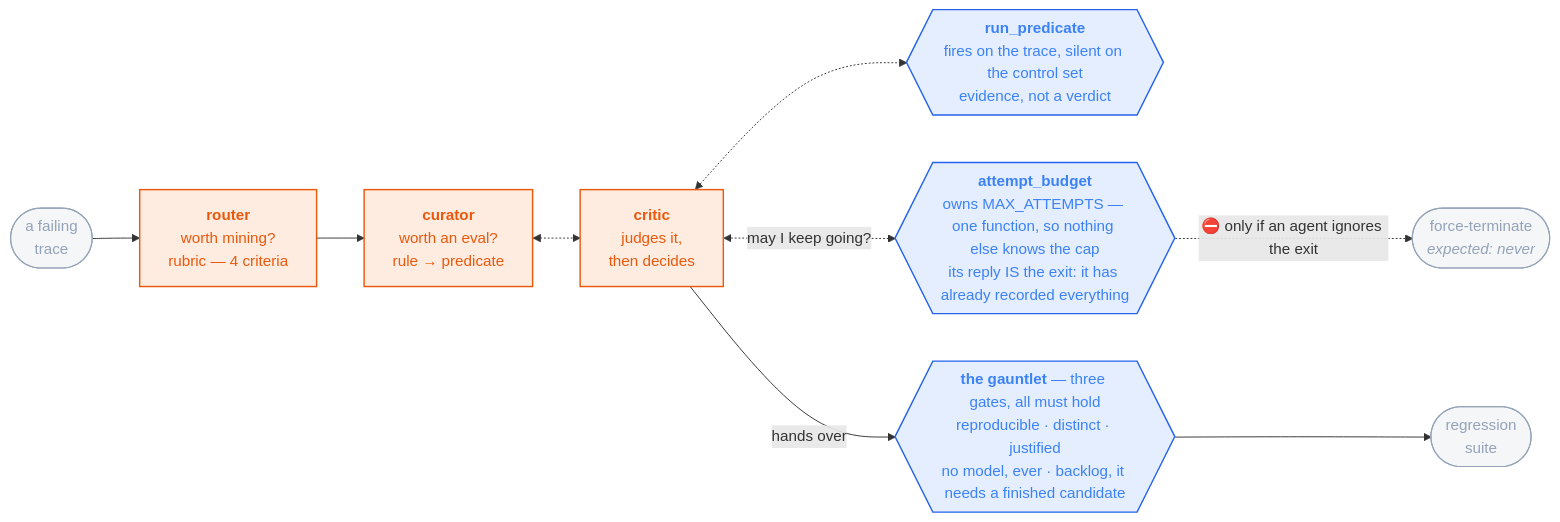
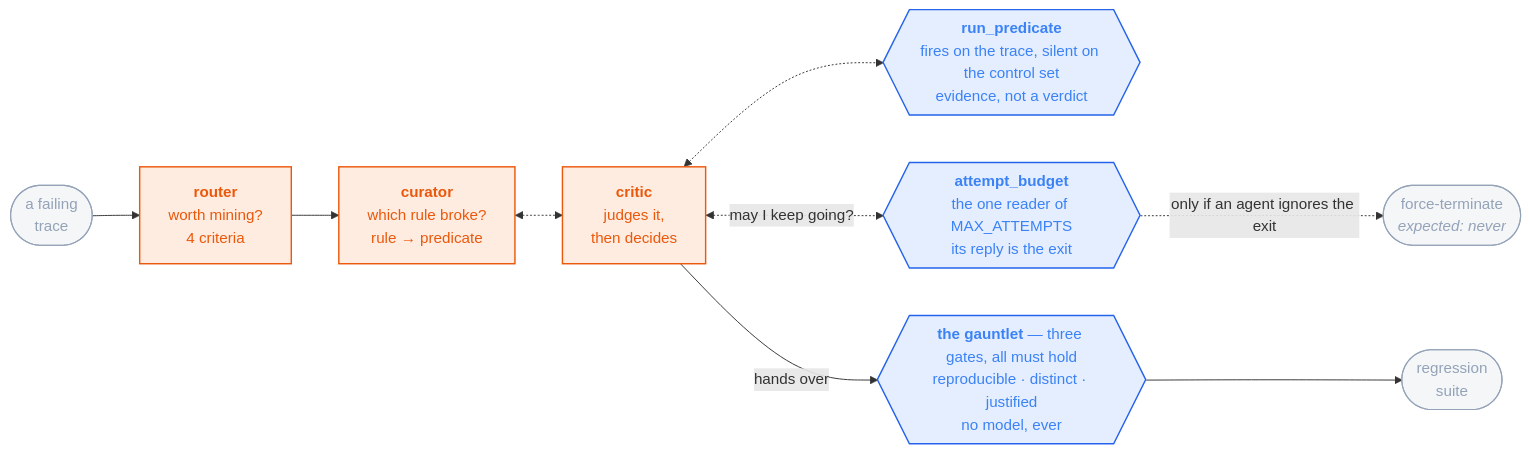
Before and after one commit to sandeepyadav1478/touchstone: the diagram in README.md, drawn with Mermaid. The commit also changed other lines of this file, not shown here.

````diff
--- a/README.md
+++ b/README.md
@@ -87,18 +34,18 @@
 ```mermaid
 flowchart LR
-  T(["a failing<br/>trace"]) --> R["<b>router</b><br/>worth mining?<br/>rubric — 4 criteria"]
-  R --> CU["<b>curator</b><br/>worth an eval?<br/>rule → predicate"]
+  T(["a failing<br/>trace"]) --> R["<b>router</b><br/>worth mining?<br/>4 criteria"]
+  R --> CU["<b>curator</b><br/>which rule broke?<br/>rule → predicate"]
   CU <-.-> CR["<b>critic</b><br/>judges it,<br/>then decides"]
   CR <-.-> RP{{"<b>run_predicate</b><br/>fires on the trace, silent on the control set<br/>evidence, not a verdict"}}
-  CR <-.->|"may I keep going?"| BUDGET{{"<b>attempt_budget</b><br/>owns MAX_ATTEMPTS — one function, so nothing else knows the cap<br/>its reply IS the exit: it has already recorded everything"}}
-  BUDGET -.->|"⛔ only if an agent ignores the exit"| U(["force-terminate<br/><i>expected: never</i>"])
-  CR -->|"hands over"| AD{{"<b>the gauntlet</b> — three gates, all must hold<br/>reproducible · distinct · justified<br/>no model, ever · backlog, it needs a finished candidate"}}
+  CR <-.->|"may I keep going?"| BUDGET{{"<b>attempt_budget</b><br/>the one reader of MAX_ATTEMPTS<br/>its reply is the exit"}}
+  BUDGET -.->|"only if an agent ignores the exit"| U(["force-terminate<br/><i>expected: never</i>"])
+  CR -->|"hands over"| AD{{"<b>the gauntlet</b> — three gates, all must hold<br/>reproducible · distinct · justified<br/>no model, ever"}}
   AD --> S(["regression<br/>suite"])
 
   classDef m fill:#f9731622,stroke:#ea580c,stroke-width:1.5px,color:#ea580c
   classDef d fill:#3b82f622,stroke:#2563eb,stroke-width:1.5px,color:#3b82f6
   classDef io fill:#94a3b81a,stroke:#94a3b8,stroke-width:1.2px,color:#94a3b8
   class R,CU,CR m
   class RP,BUDGET,AD d
   class T,S,U io
 ```
````
